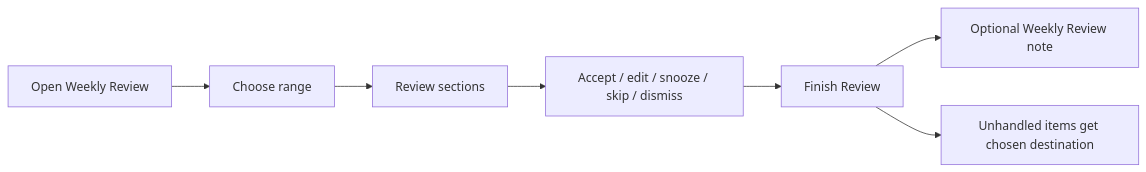
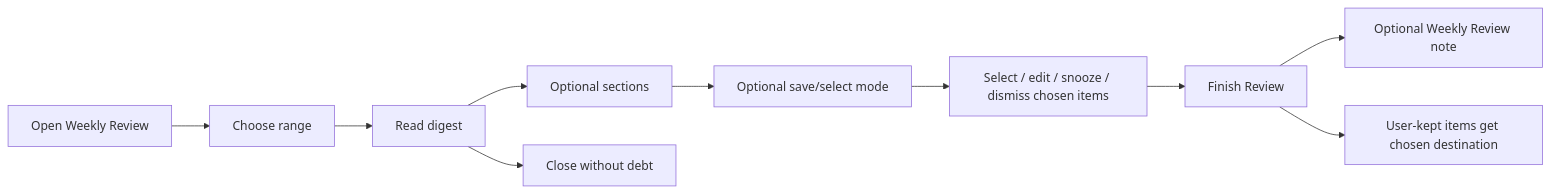
Before and after one commit to edonyzpc/personal-assistant: the diagram in docs/pa-weekly-review-product-spec.md, drawn with Mermaid. The commit also changed other lines of this file and 140 other files, not shown here.

````diff
--- a/docs/pa-weekly-review-product-spec.md
+++ b/docs/pa-weekly-review-product-spec.md
@@ -97,9 +106,12 @@
 ```mermaid
 flowchart LR
   Start["Open Weekly Review"] --> Range["Choose range"]
-  Range --> Sections["Review sections"]
-  Sections --> Handle["Accept / edit / snooze / skip / dismiss"]
+  Range --> Digest["Read digest"]
+  Digest --> Sections["Optional sections"]
+  Digest --> Close["Close without debt"]
+  Sections --> SelectMode["Optional save/select mode"]
+  SelectMode --> Handle["Select / edit / snooze / dismiss chosen items"]
   Handle --> Finish["Finish Review"]
   Finish --> OptionalNote["Optional Weekly Review note"]
-  Finish --> Queue["Unhandled items get chosen destination"]
+  Finish --> Queue["User-kept items get chosen destination"]
 ```
````
